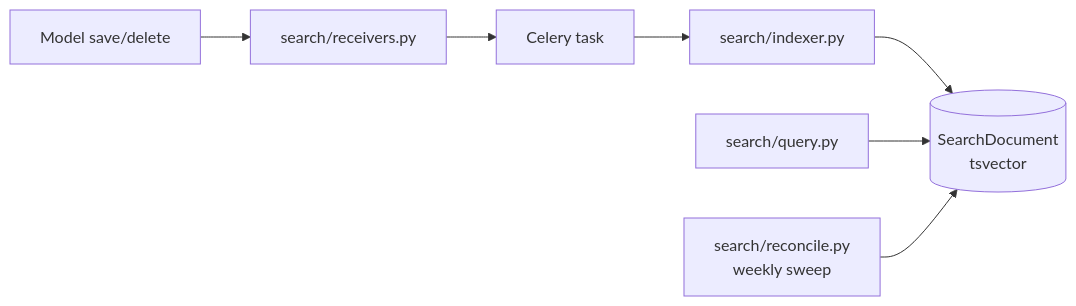
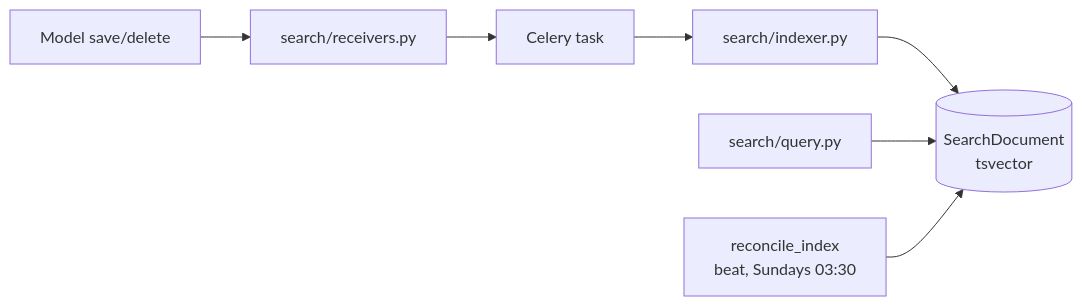
The fifth of 5 diagrams in .agents/summary/architecture.md (gremmie/sg101), drawn with Mermaid before and after one commit. The commit also changed other lines of this file and 10 other files, not shown here.

````diff
--- a/.agents/summary/architecture.md
+++ b/.agents/summary/architecture.md
@@ -60,9 +147,9 @@
 ```mermaid
 graph LR
     M[Model save/delete] --> SIG[search/receivers.py]
     SIG --> T[Celery task]
     T --> IDX[search/indexer.py]
     IDX --> DOC[(SearchDocument<br/>tsvector)]
     Q[search/query.py] --> DOC
-    REC[search/reconcile.py<br/>weekly sweep] --> DOC
+    REC[reconcile_index<br/>beat, Sundays 03:30] --> DOC
 ```
````
